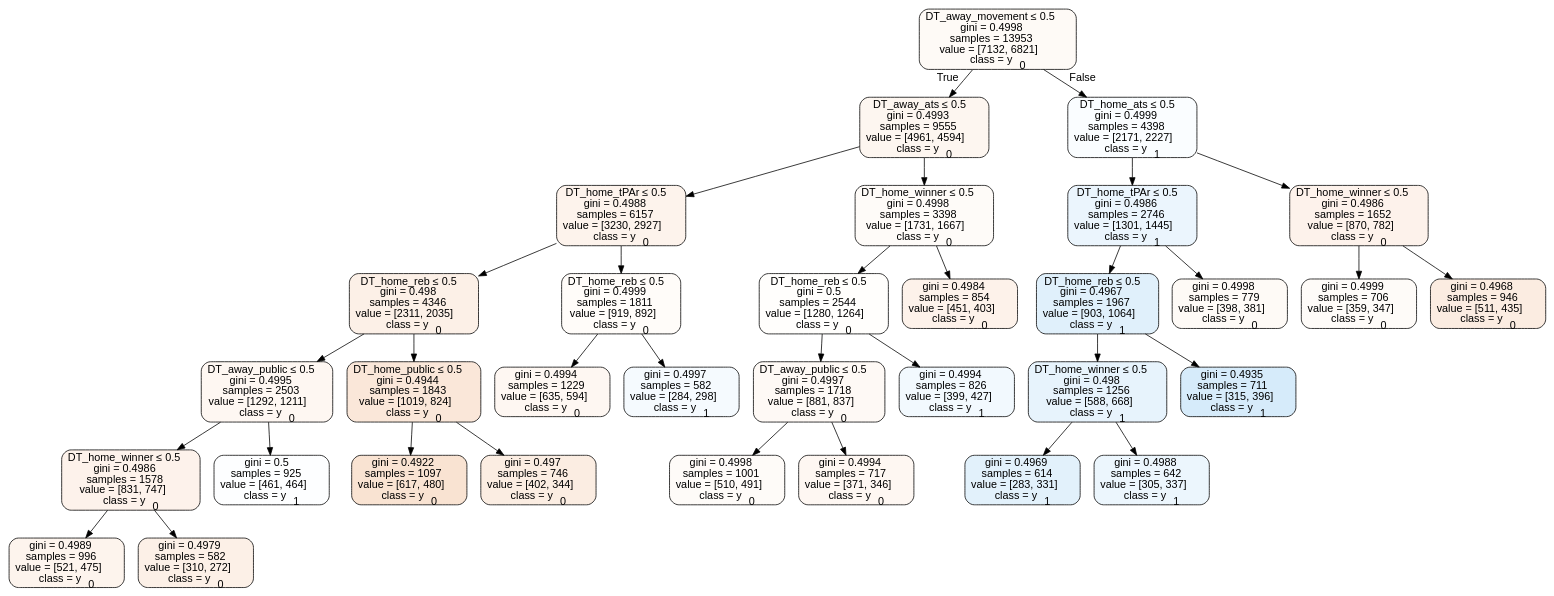
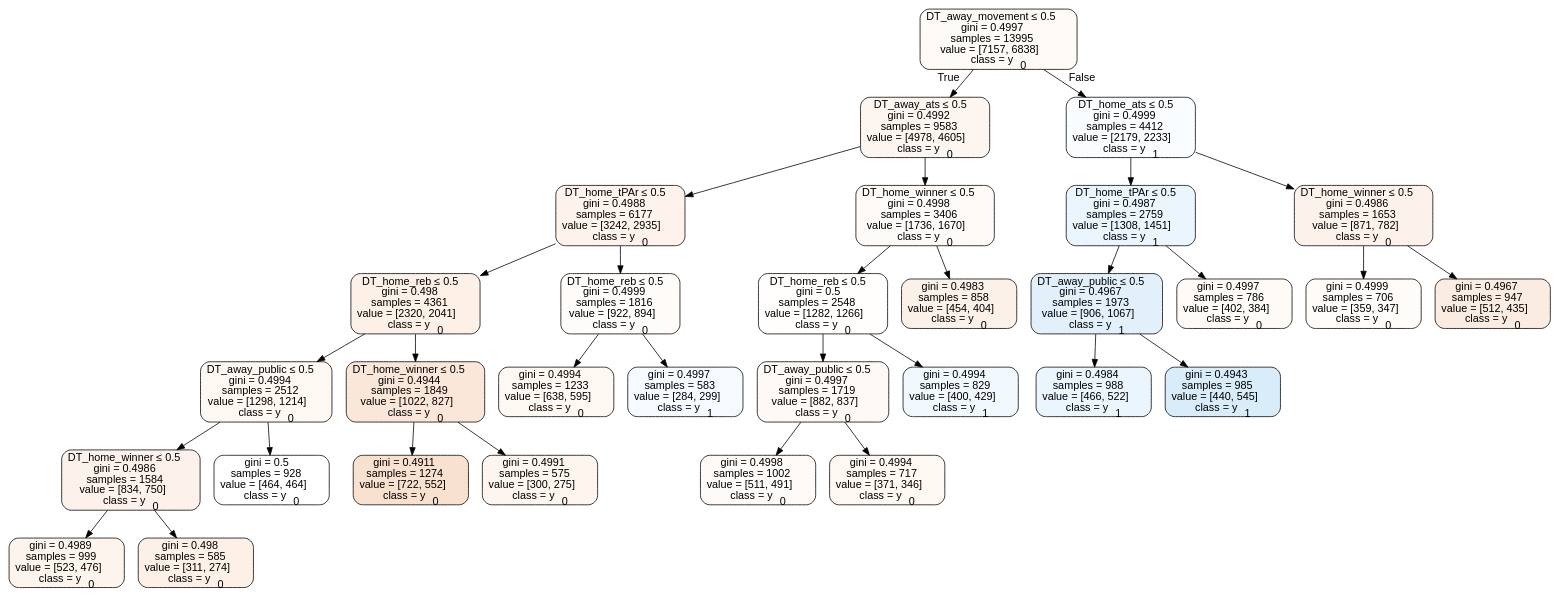
One commit to usbogie/ncaa-bets changed the diagram in tree_data/tree2016home.dot. Above: the diagram before and after it, drawn with Graphviz. The commit also changed 20 other files, not shown here.

```diff
--- a/tree_data/tree2016home.dot
+++ b/tree_data/tree2016home.dot
@@ -1,69 +1,65 @@
 digraph Tree {
 node [shape=box, style="filled, rounded", color="black", fontname=helvetica] ;
 edge [fontname=helvetica] ;
-0 [label=<DT_away_movement &le; 0.5<br/>gini = 0.4998<br/>samples = 13953<br/>value = [7132, 6821]<br/>class = y<SUB>0</SUB>>, fillcolor="#e581390b"] ;
-1 [label=<DT_away_ats &le; 0.5<br/>gini = 0.4993<br/>samples = 9555<br/>value = [4961, 4594]<br/>class = y<SUB>0</SUB>>, fillcolor="#e5813913"] ;
+0 [label=<DT_away_movement &le; 0.5<br/>gini = 0.4997<br/>samples = 13995<br/>value = [7157, 6838]<br/>class = y<SUB>0</SUB>>, fillcolor="#e581390b"] ;
+1 [label=<DT_away_ats &le; 0.5<br/>gini = 0.4992<br/>samples = 9583<br/>value = [4978, 4605]<br/>class = y<SUB>0</SUB>>, fillcolor="#e5813913"] ;
 0 -> 1 [labeldistance=2.5, labelangle=45, headlabel="True"] ;
-2 [label=<DT_home_tPAr &le; 0.5<br/>gini = 0.4988<br/>samples = 6157<br/>value = [3230, 2927]<br/>class = y<SUB>0</SUB>>, fillcolor="#e5813918"] ;
+2 [label=<DT_home_tPAr &le; 0.5<br/>gini = 0.4988<br/>samples = 6177<br/>value = [3242, 2935]<br/>class = y<SUB>0</SUB>>, fillcolor="#e5813918"] ;
 1 -> 2 ;
-3 [label=<DT_home_reb &le; 0.5<br/>gini = 0.498<br/>samples = 4346<br/>value = [2311, 2035]<br/>class = y<SUB>0</SUB>>, fillcolor="#e581391e"] ;
+3 [label=<DT_home_reb &le; 0.5<br/>gini = 0.498<br/>samples = 4361<br/>value = [2320, 2041]<br/>class = y<SUB>0</SUB>>, fillcolor="#e581391f"] ;
 2 -> 3 ;
-4 [label=<DT_away_public &le; 0.5<br/>gini = 0.4995<br/>samples = 2503<br/>value = [1292, 1211]<br/>class = y<SUB>0</SUB>>, fillcolor="#e5813910"] ;
+4 [label=<DT_away_public &le; 0.5<br/>gini = 0.4994<br/>samples = 2512<br/>value = [1298, 1214]<br/>class = y<SUB>0</SUB>>, fillcolor="#e5813911"] ;
 3 -> 4 ;
-5 [label=<DT_home_winner &le; 0.5<br/>gini = 0.4986<br/>samples = 1578<br/>value = [831, 747]<br/>class = y<SUB>0</SUB>>, fillcolor="#e581391a"] ;
+5 [label=<DT_home_winner &le; 0.5<br/>gini = 0.4986<br/>samples = 1584<br/>value = [834, 750]<br/>class = y<SUB>0</SUB>>, fillcolor="#e581391a"] ;
 4 -> 5 ;
-6 [label=<gini = 0.4989<br/>samples = 996<br/>value = [521, 475]<br/>class = y<SUB>0</SUB>>, fillcolor="#e5813917"] ;
+6 [label=<gini = 0.4989<br/>samples = 999<br/>value = [523, 476]<br/>class = y<SUB>0</SUB>>, fillcolor="#e5813917"] ;
 5 -> 6 ;
-7 [label=<gini = 0.4979<br/>samples = 582<br/>value = [310, 272]<br/>class = y<SUB>0</SUB>>, fillcolor="#e581391f"] ;
+7 [label=<gini = 0.498<br/>samples = 585<br/>value = [311, 274]<br/>class = y<SUB>0</SUB>>, fillcolor="#e581391e"] ;
 5 -> 7 ;
-8 [label=<gini = 0.5<br/>samples = 925<br/>value = [461, 464]<br/>class = y<SUB>1</SUB>>, fillcolor="#399de502"] ;
+8 [label=<gini = 0.5<br/>samples = 928<br/>value = [464, 464]<br/>class = y<SUB>0</SUB>>, fillcolor="#e5813900"] ;
 4 -> 8 ;
-9 [label=<DT_home_public &le; 0.5<br/>gini = 0.4944<br/>samples = 1843<br/>value = [1019, 824]<br/>class = y<SUB>0</SUB>>, fillcolor="#e5813931"] ;
+9 [label=<DT_home_winner &le; 0.5<br/>gini = 0.4944<br/>samples = 1849<br/>value = [1022, 827]<br/>class = y<SUB>0</SUB>>, fillcolor="#e5813931"] ;
 3 -> 9 ;
-10 [label=<gini = 0.4922<br/>samples = 1097<br/>value = [617, 480]<br/>class = y<SUB>0</SUB>>, fillcolor="#e5813939"] ;
+10 [label=<gini = 0.4911<br/>samples = 1274<br/>value = [722, 552]<br/>class = y<SUB>0</SUB>>, fillcolor="#e581393c"] ;
 9 -> 10 ;
-11 [label=<gini = 0.497<br/>samples = 746<br/>value = [402, 344]<br/>class = y<SUB>0</SUB>>, fillcolor="#e5813925"] ;
+11 [label=<gini = 0.4991<br/>samples = 575<br/>value = [300, 275]<br/>class = y<SUB>0</SUB>>, fillcolor="#e5813915"] ;
 9 -> 11 ;
-12 [label=<DT_home_reb &le; 0.5<br/>gini = 0.4999<br/>samples = 1811<br/>value = [919, 892]<br/>class = y<SUB>0</SUB>>, fillcolor="#e5813907"] ;
+12 [label=<DT_home_reb &le; 0.5<br/>gini = 0.4999<br/>samples = 1816<br/>value = [922, 894]<br/>class = y<SUB>0</SUB>>, fillcolor="#e5813908"] ;
 2 -> 12 ;
-13 [label=<gini = 0.4994<br/>samples = 1229<br/>value = [635, 594]<br/>class = y<SUB>0</SUB>>, fillcolor="#e5813910"] ;
+13 [label=<gini = 0.4994<br/>samples = 1233<br/>value = [638, 595]<br/>class = y<SUB>0</SUB>>, fillcolor="#e5813911"] ;
 12 -> 13 ;
-14 [label=<gini = 0.4997<br/>samples = 582<br/>value = [284, 298]<br/>class = y<SUB>1</SUB>>, fillcolor="#399de50c"] ;
+14 [label=<gini = 0.4997<br/>samples = 583<br/>value = [284, 299]<br/>class = y<SUB>1</SUB>>, fillcolor="#399de50d"] ;
 12 -> 14 ;
-15 [label=<DT_home_winner &le; 0.5<br/>gini = 0.4998<br/>samples = 3398<br/>value = [1731, 1667]<br/>class = y<SUB>0</SUB>>, fillcolor="#e5813909"] ;
+15 [label=<DT_home_winner &le; 0.5<br/>gini = 0.4998<br/>samples = 3406<br/>value = [1736, 1670]<br/>class = y<SUB>0</SUB>>, fillcolor="#e581390a"] ;
 1 -> 15 ;
-16 [label=<DT_home_reb &le; 0.5<br/>gini = 0.5<br/>samples = 2544<br/>value = [1280, 1264]<br/>class = y<SUB>0</SUB>>, fillcolor="#e5813903"] ;
+16 [label=<DT_home_reb &le; 0.5<br/>gini = 0.5<br/>samples = 2548<br/>value = [1282, 1266]<br/>class = y<SUB>0</SUB>>, fillcolor="#e5813903"] ;
 15 -> 16 ;
-17 [label=<DT_away_public &le; 0.5<br/>gini = 0.4997<br/>samples = 1718<br/>value = [881, 837]<br/>class = y<SUB>0</SUB>>, fillcolor="#e581390d"] ;
+17 [label=<DT_away_public &le; 0.5<br/>gini = 0.4997<br/>samples = 1719<br/>value = [882, 837]<br/>class = y<SUB>0</SUB>>, fillcolor="#e581390d"] ;
 16 -> 17 ;
-18 [label=<gini = 0.4998<br/>samples = 1001<br/>value = [510, 491]<br/>class = y<SUB>0</SUB>>, fillcolor="#e5813909"] ;
+18 [label=<gini = 0.4998<br/>samples = 1002<br/>value = [511, 491]<br/>class = y<SUB>0</SUB>>, fillcolor="#e581390a"] ;
 17 -> 18 ;
 19 [label=<gini = 0.4994<br/>samples = 717<br/>value = [371, 346]<br/>class = y<SUB>0</SUB>>, fillcolor="#e5813911"] ;
 17 -> 19 ;
-20 [label=<gini = 0.4994<br/>samples = 826<br/>value = [399, 427]<br/>class = y<SUB>1</SUB>>, fillcolor="#399de511"] ;
+20 [label=<gini = 0.4994<br/>samples = 829<br/>value = [400, 429]<br/>class = y<SUB>1</SUB>>, fillcolor="#399de511"] ;
 16 -> 20 ;
-21 [label=<gini = 0.4984<br/>samples = 854<br/>value = [451, 403]<br/>class = y<SUB>0</SUB>>, fillcolor="#e581391b"] ;
+21 [label=<gini = 0.4983<br/>samples = 858<br/>value = [454, 404]<br/>class = y<SUB>0</SUB>>, fillcolor="#e581391c"] ;
 15 -> 21 ;
-22 [label=<DT_home_ats &le; 0.5<br/>gini = 0.4999<br/>samples = 4398<br/>value = [2171, 2227]<br/>class = y<SUB>1</SUB>>, fillcolor="#399de506"] ;
+22 [label=<DT_home_ats &le; 0.5<br/>gini = 0.4999<br/>samples = 4412<br/>value = [2179, 2233]<br/>class = y<SUB>1</SUB>>, fillcolor="#399de506"] ;
 0 -> 22 [labeldistance=2.5, labelangle=-45, headlabel="False"] ;
-23 [label=<DT_home_tPAr &le; 0.5<br/>gini = 0.4986<br/>samples = 2746<br/>value = [1301, 1445]<br/>class = y<SUB>1</SUB>>, fillcolor="#399de519"] ;
+23 [label=<DT_home_tPAr &le; 0.5<br/>gini = 0.4987<br/>samples = 2759<br/>value = [1308, 1451]<br/>class = y<SUB>1</SUB>>, fillcolor="#399de519"] ;
 22 -> 23 ;
-24 [label=<DT_home_reb &le; 0.5<br/>gini = 0.4967<br/>samples = 1967<br/>value = [903, 1064]<br/>class = y<SUB>1</SUB>>, fillcolor="#399de527"] ;
+24 [label=<DT_away_public &le; 0.5<br/>gini = 0.4967<br/>samples = 1973<br/>value = [906, 1067]<br/>class = y<SUB>1</SUB>>, fillcolor="#399de526"] ;
 23 -> 24 ;
-25 [label=<DT_home_winner &le; 0.5<br/>gini = 0.498<br/>samples = 1256<br/>value = [588, 668]<br/>class = y<SUB>1</SUB>>, fillcolor="#399de51f"] ;
+25 [label=<gini = 0.4984<br/>samples = 988<br/>value = [466, 522]<br/>class = y<SUB>1</SUB>>, fillcolor="#399de51b"] ;
 24 -> 25 ;
-26 [label=<gini = 0.4969<br/>samples = 614<br/>value = [283, 331]<br/>class = y<SUB>1</SUB>>, fillcolor="#399de525"] ;
-25 -> 26 ;
-27 [label=<gini = 0.4988<br/>samples = 642<br/>value = [305, 337]<br/>class = y<SUB>1</SUB>>, fillcolor="#399de518"] ;
-25 -> 27 ;
-28 [label=<gini = 0.4935<br/>samples = 711<br/>value = [315, 396]<br/>class = y<SUB>1</SUB>>, fillcolor="#399de534"] ;
-24 -> 28 ;
-29 [label=<gini = 0.4998<br/>samples = 779<br/>value = [398, 381]<br/>class = y<SUB>0</SUB>>, fillcolor="#e581390b"] ;
-23 -> 29 ;
-30 [label=<DT_home_winner &le; 0.5<br/>gini = 0.4986<br/>samples = 1652<br/>value = [870, 782]<br/>class = y<SUB>0</SUB>>, fillcolor="#e581391a"] ;
-22 -> 30 ;
-31 [label=<gini = 0.4999<br/>samples = 706<br/>value = [359, 347]<br/>class = y<SUB>0</SUB>>, fillcolor="#e5813909"] ;
-30 -> 31 ;
-32 [label=<gini = 0.4968<br/>samples = 946<br/>value = [511, 435]<br/>class = y<SUB>0</SUB>>, fillcolor="#e5813926"] ;
-30 -> 32 ;
+26 [label=<gini = 0.4943<br/>samples = 985<br/>value = [440, 545]<br/>class = y<SUB>1</SUB>>, fillcolor="#399de531"] ;
+24 -> 26 ;
+27 [label=<gini = 0.4997<br/>samples = 786<br/>value = [402, 384]<br/>class = y<SUB>0</SUB>>, fillcolor="#e581390b"] ;
+23 -> 27 ;
+28 [label=<DT_home_winner &le; 0.5<br/>gini = 0.4986<br/>samples = 1653<br/>value = [871, 782]<br/>class = y<SUB>0</SUB>>, fillcolor="#e581391a"] ;
+22 -> 28 ;
+29 [label=<gini = 0.4999<br/>samples = 706<br/>value = [359, 347]<br/>class = y<SUB>0</SUB>>, fillcolor="#e5813909"] ;
+28 -> 29 ;
+30 [label=<gini = 0.4967<br/>samples = 947<br/>value = [512, 435]<br/>class = y<SUB>0</SUB>>, fillcolor="#e5813926"] ;
+28 -> 30 ;
 }
```
